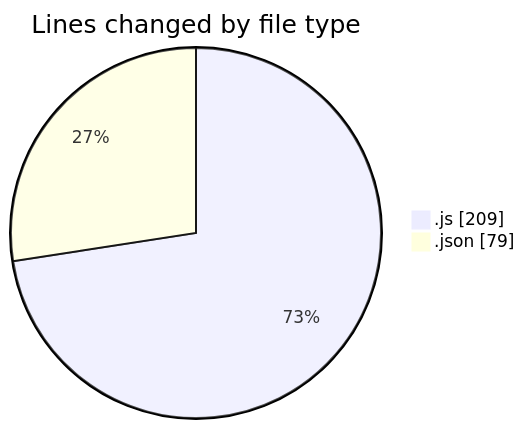
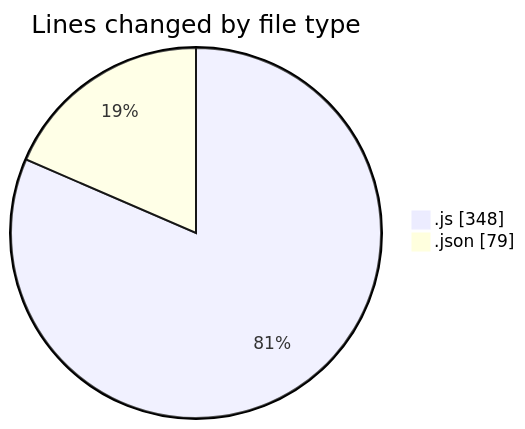
One commit to momahboobian/code-tracking changed the first of 2 diagrams in 2025-01-31/cda/README.md. Above: the diagram before and after it, drawn with Mermaid. The commit also changed other lines of this file and 1 other file, not shown here.

````diff
--- a/2025-01-31/cda/README.md
+++ b/2025-01-31/cda/README.md
@@ -24,6 +25,6 @@
 ```mermaid
 pie showData
 title Lines changed by file type
-".js" : 209
+".js" : 348
 ".json" : 79
 ```
````
